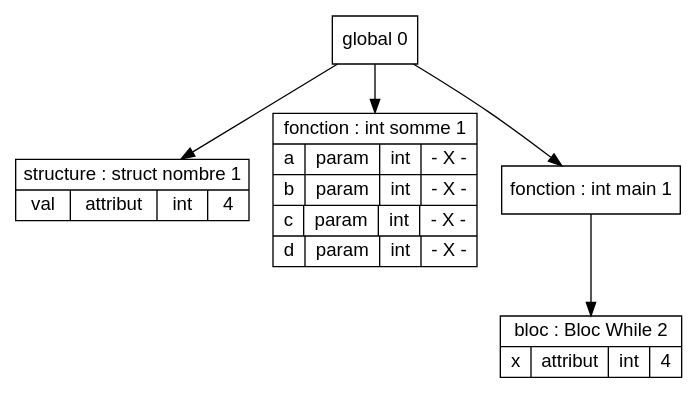
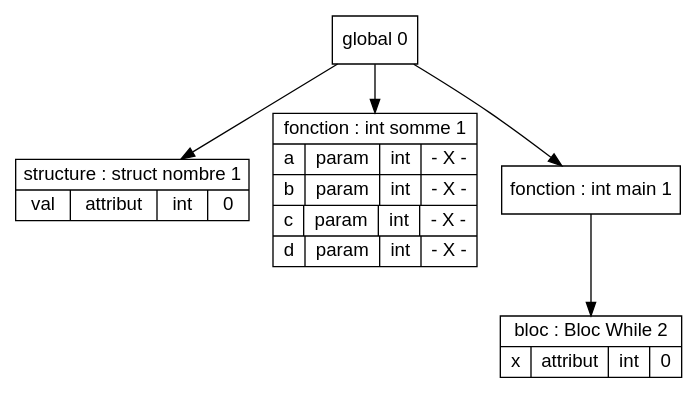
One commit to Hamza-ABDOULHOUSSEN/compil changed the diagram in Code/out/tds/dot/Test_Semantique/type_param1.dot. Above: the diagram before and after it, drawn with Graphviz. The commit also changed 27 other files, not shown here.

```diff
--- a/Code/out/tds/dot/Test_Semantique/type_param1.dot
+++ b/Code/out/tds/dot/Test_Semantique/type_param1.dot
@@ -1,31 +1,31 @@
 digraph "tds"{
 
 	node [fontname="Arial"];
 
 	N1 [shape=record label="{ structure : struct nombre 1
-	| { val | attribut | int | 4 }
+	| { val | attribut | int | 0 }
 	}"];
 
 	N2 [shape=record label="{ fonction : int somme 1
 	| { a | param | int | - X - }
 	| { b | param | int | - X - }
 	| { c | param | int | - X - }
 	| { d | param | int | - X - }
 	}"];
 
 	N4 [shape=record label="{ bloc : Bloc While  2
-	| { x | attribut | int | 4 }
+	| { x | attribut | int | 0 }
 	}"];
 
 	N3 [shape=record label="{ fonction : int main 1
 	}"];
 
 	N0 [shape=record label="{ global 0
 	}"];
 
 
 	N0 -> N1; 
 	N0 -> N2; 
 	N0 -> N3; 
 	N3 -> N4; 
 }
```
